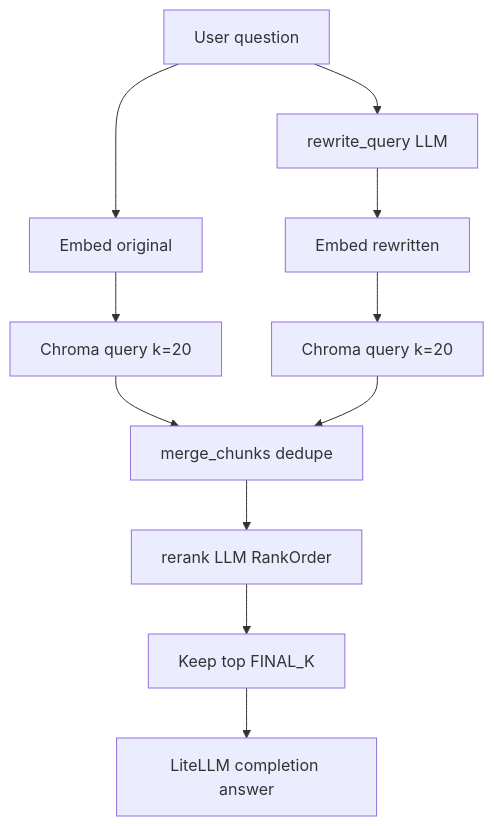
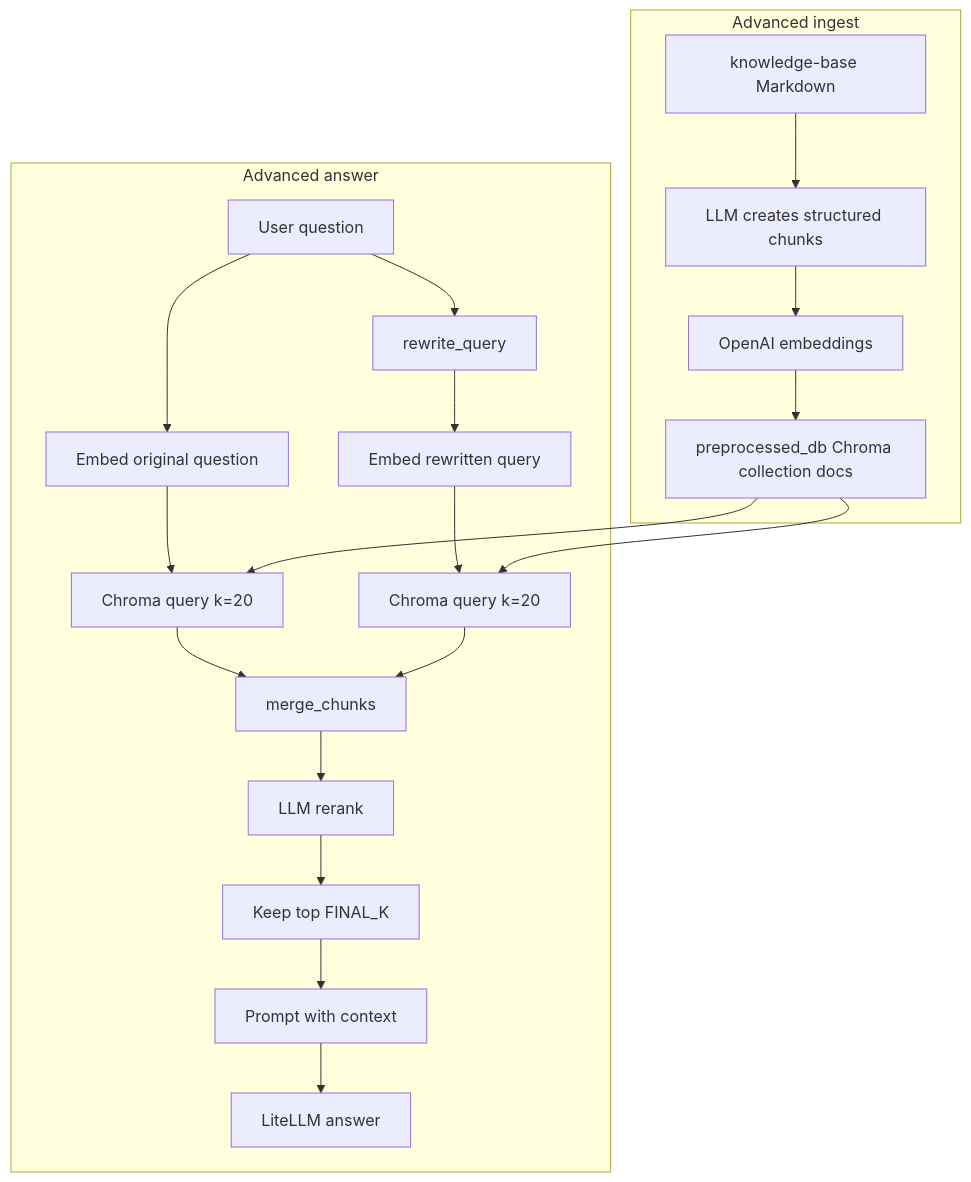
The diagram in LLM Fundamentals & Engineering/04-retrieval-augmented-generation/documentation/06-advanced-rag-query-rewriting-and-reranking.md (Azeem-Subhani/agentic-ai-and-llm-engineering-journey), drawn with Mermaid before and after one commit. The commit also changed other lines of this file and 17 other files, not shown here.

````diff
--- a/LLM Fundamentals & Engineering/04-retrieval-augmented-generation/documentation/06-advanced-rag-query-rewriting-and-reranking.md
+++ b/LLM Fundamentals & Engineering/04-retrieval-augmented-generation/documentation/06-advanced-rag-query-rewriting-and-reranking.md
@@ -16,14 +37,24 @@
 ```mermaid
 flowchart TD
-    Q[User question]
-    Q --> RW[rewrite_query LLM]
-    Q --> E1[Embed original]
-    RW --> E2[Embed rewritten]
-    E1 --> R1[Chroma query k=20]
-    E2 --> R2[Chroma query k=20]
-    R1 --> M[merge_chunks dedupe]
-    R2 --> M
-    M --> RR[rerank LLM RankOrder]
-    RR --> Top[Keep top FINAL_K]
-    Top --> Ans[LiteLLM completion answer]
+    subgraph Advanced ingest
+        KB[knowledge-base Markdown] --> LLMChunks[LLM creates structured chunks]
+        LLMChunks --> Embed[OpenAI embeddings]
+        Embed --> DB[preprocessed_db Chroma collection docs]
+    end
+
+    subgraph Advanced answer
+        Q[User question] --> Rewrite[rewrite_query]
+        Q --> EmbedOriginal[Embed original question]
+        Rewrite --> EmbedRewrite[Embed rewritten query]
+        EmbedOriginal --> Search1[Chroma query k=20]
+        EmbedRewrite --> Search2[Chroma query k=20]
+        DB --> Search1
+        DB --> Search2
+        Search1 --> Merge[merge_chunks]
+        Search2 --> Merge
+        Merge --> Rerank[LLM rerank]
+        Rerank --> Final[Keep top FINAL_K]
+        Final --> Prompt[Prompt with context]
+        Prompt --> Answer[LiteLLM answer]
+    end
 ```
````
